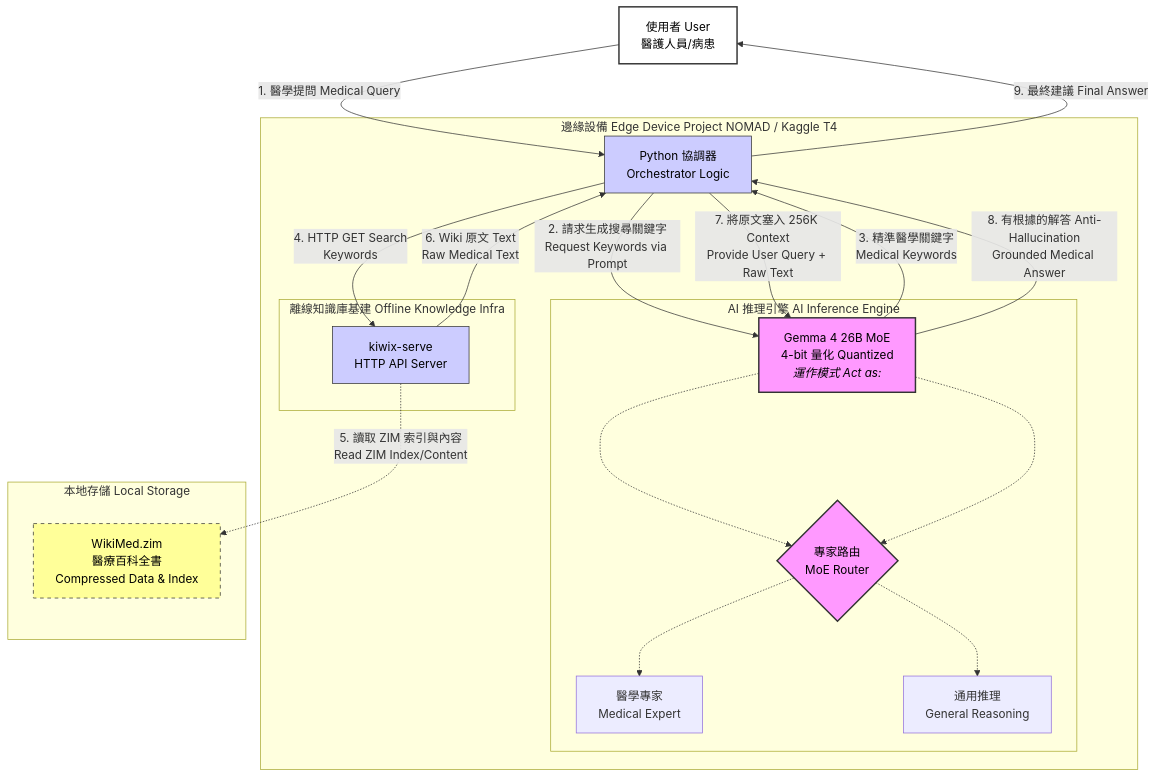
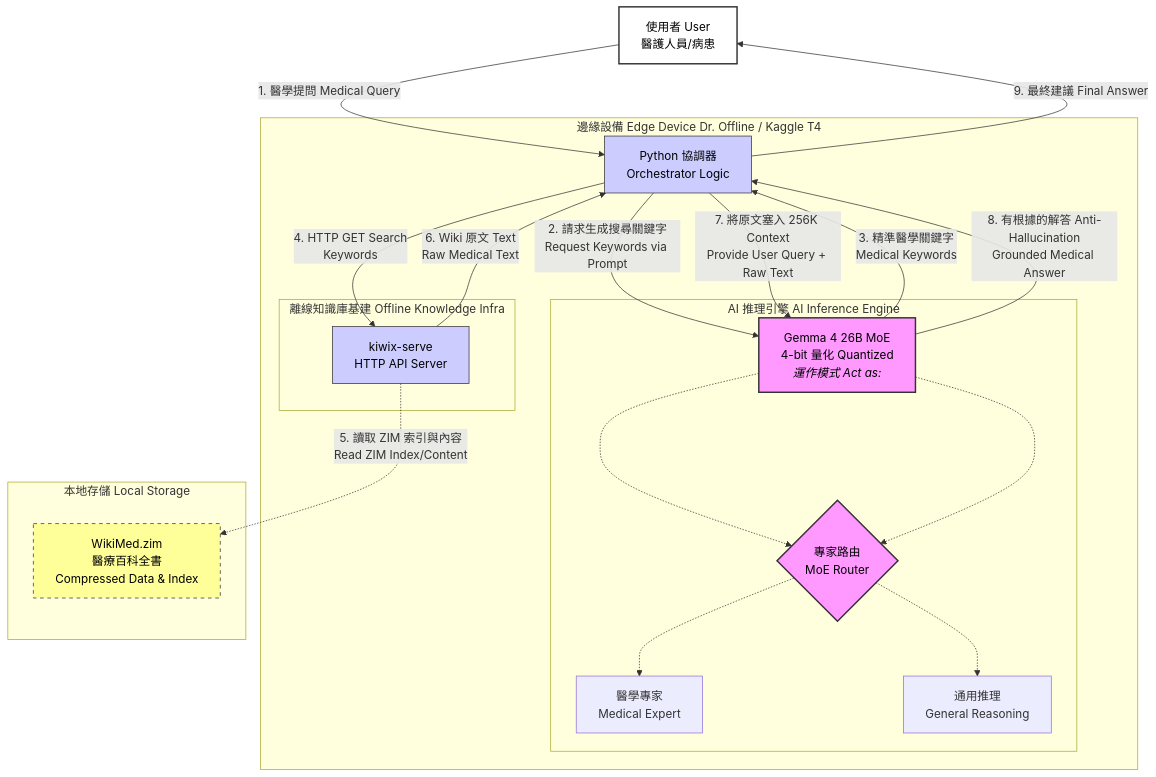
Before and after one commit to cenzwong/2026-gemma-4-hackathon: the second of 2 diagrams in diagram/README.md, drawn with Mermaid. The commit also changed 32 other files, not shown here.

````diff
--- a/diagram/README.md
+++ b/diagram/README.md
@@ -44,58 +44,58 @@
 ```mermaid
 
 graph TD
     %% Define Nodes
     User[使用者 User<br/>醫護人員/病患]
     
-    subgraph "邊緣設備 Edge Device Project NOMAD / Kaggle T4"
+    subgraph "邊緣設備 Edge Device Dr. Offline / Kaggle T4"
         Orchestrator[Python 協調器<br/>Orchestrator Logic]
         
         subgraph "AI 推理引擎 AI Inference Engine"
             LLM_MoE[Gemma 4 26B MoE<br/>4-bit 量化 Quantized<br/><i>運作模式 Act as:</i>]
             Router{專家路由<br/>MoE Router}
             Expert_A[醫學專家<br/>Medical Expert]
             Expert_B[通用推理<br/>General Reasoning]
         end
         
         subgraph "離線知識庫基建 Offline Knowledge Infra"
             KiwixServe[kiwix-serve<br/>HTTP API Server]
         end
     end
     
     subgraph "本地存儲 Local Storage"
         ZIM_File[WikiMed.zim<br/>醫療百科全書<br/>Compressed Data & Index]
     end
 
     %% Define Interactions & Data Flow
     User -->|1. 醫學提問 Medical Query| Orchestrator
     
     %% Task 1: Query Expansion
     Orchestrator -->|2. 請求生成搜尋關鍵字<br/>Request Keywords via Prompt| LLM_MoE
     LLM_MoE -.-> Router
     Router -.-> Expert_B
     LLM_MoE -->|3. 精準醫學關鍵字<br/>Medical Keywords| Orchestrator
     
     %% Task 2: Data Retrieval
     Orchestrator -->|4. HTTP GET Search<br/>Keywords| KiwixServe
     KiwixServe -.->|5. 讀取 ZIM 索引與內容<br/>Read ZIM Index/Content| ZIM_File
     KiwixServe -->|6. Wiki 原文 Text<br/>Raw Medical Text| Orchestrator
     
     %% Task 3: Synthesis
     Orchestrator -->|7. 將原文塞入 256K Context<br/>Provide User Query + Raw Text| LLM_MoE
     LLM_MoE -.-> Router
     Router -.-> Expert_A
     LLM_MoE -->|8. 有根據的解答 Anti-Hallucination<br/>Grounded Medical Answer| Orchestrator
     
     Orchestrator -->|9. 最終建議 Final Answer| User
 
     %% Styling for clarity
     classDef brain fill:#f9f,stroke:#333,stroke-width:2px,color:black;
     classDef storage fill:#ff9,stroke:#333,stroke-width:1px,stroke-dasharray: 5 5,color:black;
     classDef logic fill:#ccf,stroke:#333,stroke-width:1px,color:black;
     classDef user fill:#fff,stroke:#333,stroke-width:2px,color:black;
 
     class LLM_MoE,Router brain;
     class ZIM_File storage;
     class Orchestrator,KiwixServe logic;
     class User user;
 ```
````
